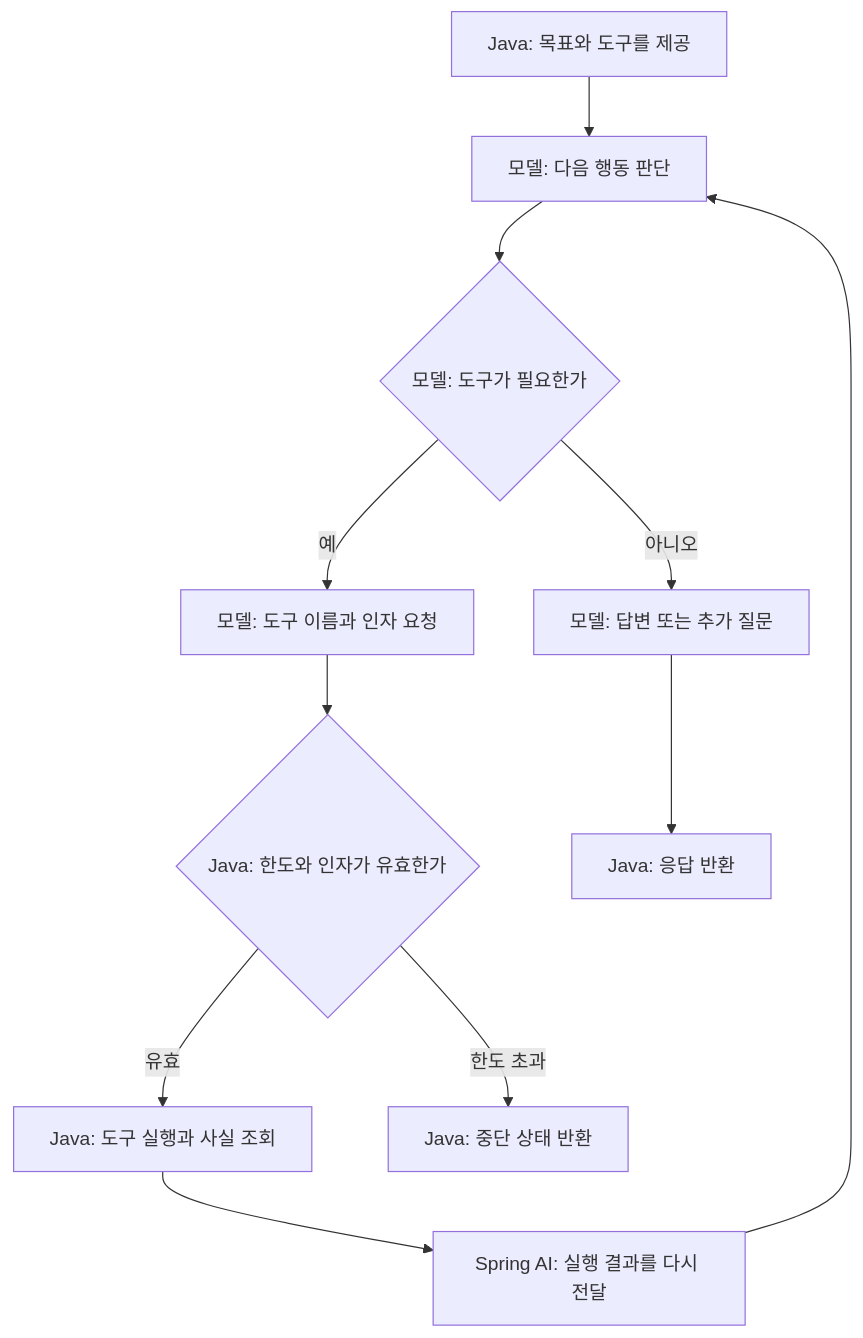
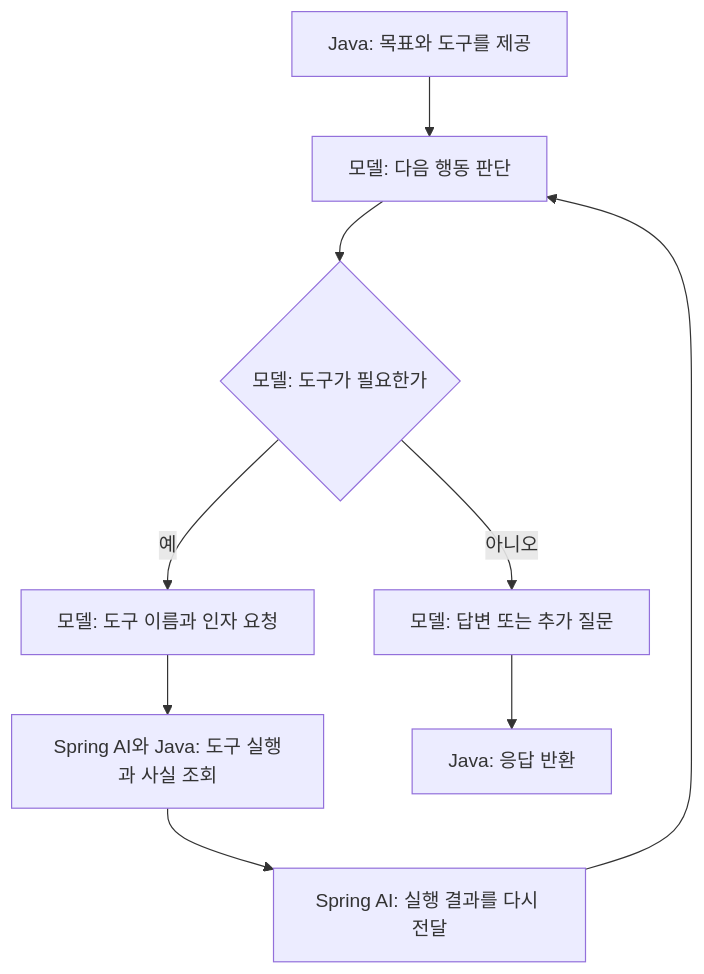
One commit to Justin-ad-Park/SpringShoppingAI changed the diagram in Spring-AI-Agent-Learning/docs/lessons/06-workflow-agent/02-agent.md. Above: the diagram before and after it, drawn with Mermaid. The commit also changed other lines of this file and 52 other files, not shown here.

````diff
--- a/Spring-AI-Agent-Learning/docs/lessons/06-workflow-agent/02-agent.md
+++ b/Spring-AI-Agent-Learning/docs/lessons/06-workflow-agent/02-agent.md
@@ -13,13 +13,11 @@
 ```mermaid
 flowchart TD
     A0[Java: 목표와 도구를 제공] --> A1[모델: 다음 행동 판단]
     A1 --> A2{모델: 도구가 필요한가}
     A2 -->|아니오| A3[모델: 답변 또는 추가 질문]
     A2 -->|예| A4[모델: 도구 이름과 인자 요청]
-    A4 --> A5{Java: 한도와 인자가 유효한가}
-    A5 -->|유효| A6[Java: 도구 실행과 사실 조회]
+    A4 --> A6[Spring AI와 Java: 도구 실행과 사실 조회]
     A6 --> A7[Spring AI: 실행 결과를 다시 전달]
     A7 --> A1
-    A5 -->|한도 초과| A8[Java: 중단 상태 반환]
     A3 --> A9[Java: 응답 반환]
 ```
````
